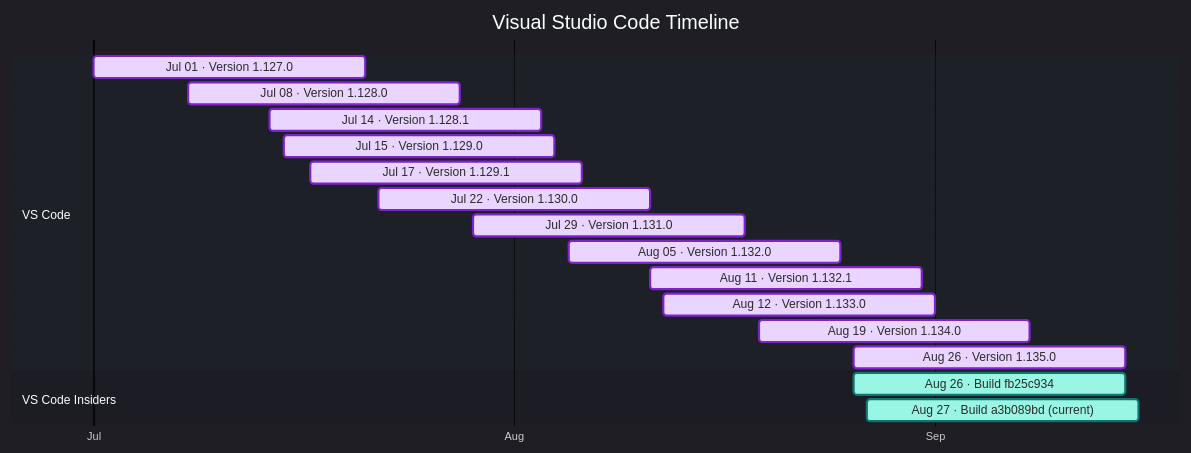
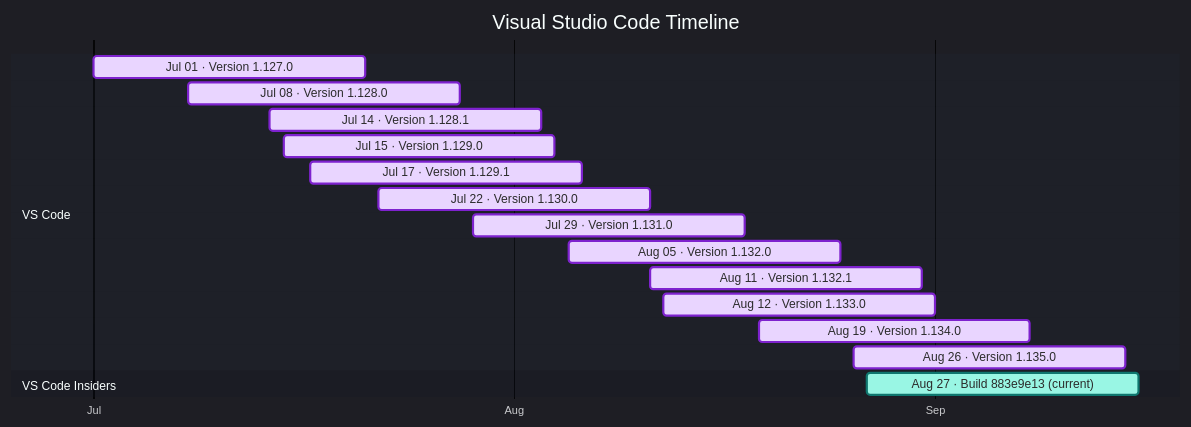
The diagram in docs/vscode.md (Oxelya-DevTools/VisualStudioUpdate), drawn with Mermaid before and after one commit. The commit also changed other lines of this file and 1 other file, not shown here.

````diff
--- a/docs/vscode.md
+++ b/docs/vscode.md
@@ -9,24 +9,23 @@
 ```mermaid
 %%{init: {'theme':'dark','themeVariables': { 'fontFamily': 'Segoe UI', 'fontSize': '24px', 'textColor': '#F3F4F6', 'titleTextColor': '#FFFFFF', 'taskTextColor': '#111827', 'taskTextLightColor': '#111827', 'taskTextOutsideColor': '#F3F4F6', 'taskBkgColor': '#BAE6FD', 'taskBorderColor': '#0369A1', 'doneTaskBkgColor': '#E9D5FF', 'doneTaskBorderColor': '#7E22CE', 'activeTaskBkgColor': '#99F6E4', 'activeTaskBorderColor': '#0F766E', 'critTaskBkgColor': '#FED7AA', 'critTaskBorderColor': '#C2410C', 'sectionBkgColor': '#1F2937', 'altSectionBkgColor': '#111827', 'gridColor': '#4B5563', 'todayLineColor': '#F87171' }}}%%
 gantt
     title Visual Studio Code Timeline
     dateFormat  YYYY-MM-DD
     axisFormat  %b
     tickInterval 1month
     section VS Code
     Jul 01 · Version 1.127.0 : done, vscode202607010, 2026-07-01, 20d
     Jul 08 · Version 1.128.0 : done, vscode202607081, 2026-07-08, 20d
     Jul 14 · Version 1.128.1 : done, vscode202607142, 2026-07-14, 20d
     Jul 15 · Version 1.129.0 : done, vscode202607153, 2026-07-15, 20d
     Jul 17 · Version 1.129.1 : done, vscode202607174, 2026-07-17, 20d
     Jul 22 · Version 1.130.0 : done, vscode202607225, 2026-07-22, 20d
     Jul 29 · Version 1.131.0 : done, vscode202607296, 2026-07-29, 20d
     Aug 05 · Version 1.132.0 : done, vscode202608057, 2026-08-05, 20d
     Aug 11 · Version 1.132.1 : done, vscode202608118, 2026-08-11, 20d
     Aug 12 · Version 1.133.0 : done, vscode202608129, 2026-08-12, 20d
     Aug 19 · Version 1.134.0 : done, vscode2026081910, 2026-08-19, 20d
     Aug 26 · Version 1.135.0 : done, vscode2026082611, 2026-08-26, 20d
     section VS Code Insiders
-    Aug 26 · Build fb25c934 : active, vscodeinsiders202608260, 2026-08-26, 20d
-    Aug 27 · Build a3b089bd (current) : active, vscodeinsiders202608271, 2026-08-27, 20d
+    Aug 27 · Build 883e9e13 (current) : active, vscodeinsiders202608270, 2026-08-27, 20d
 ```
````
